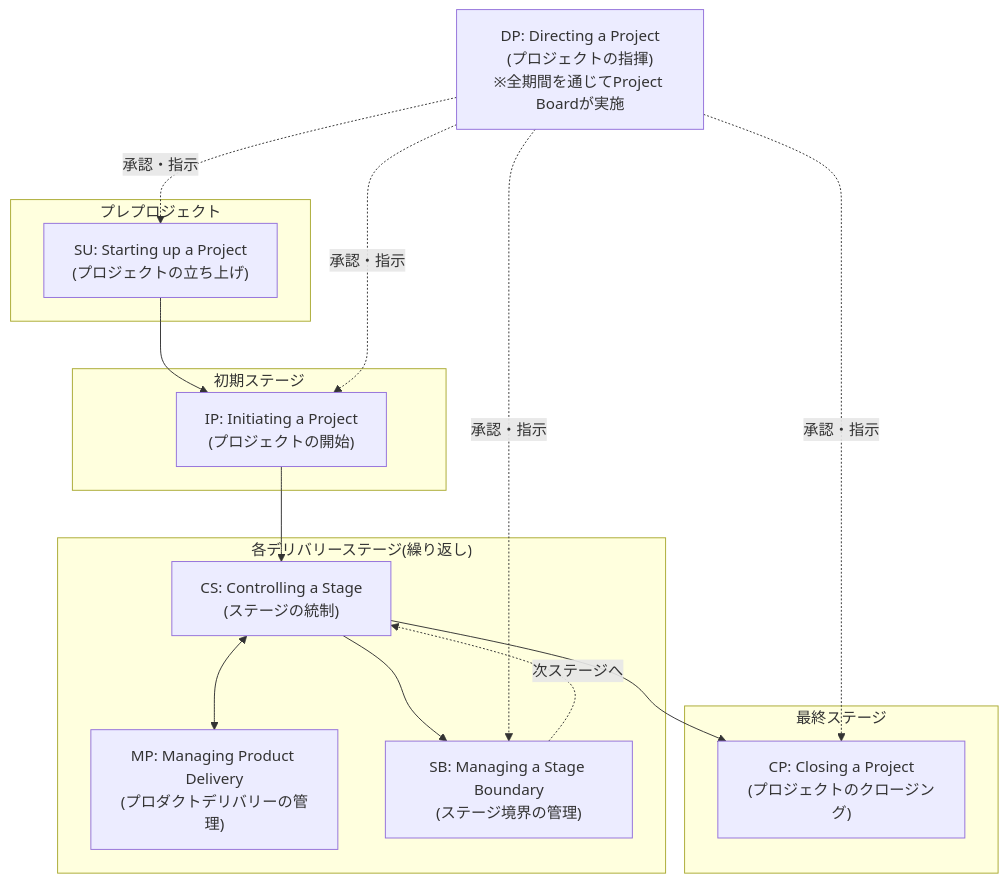
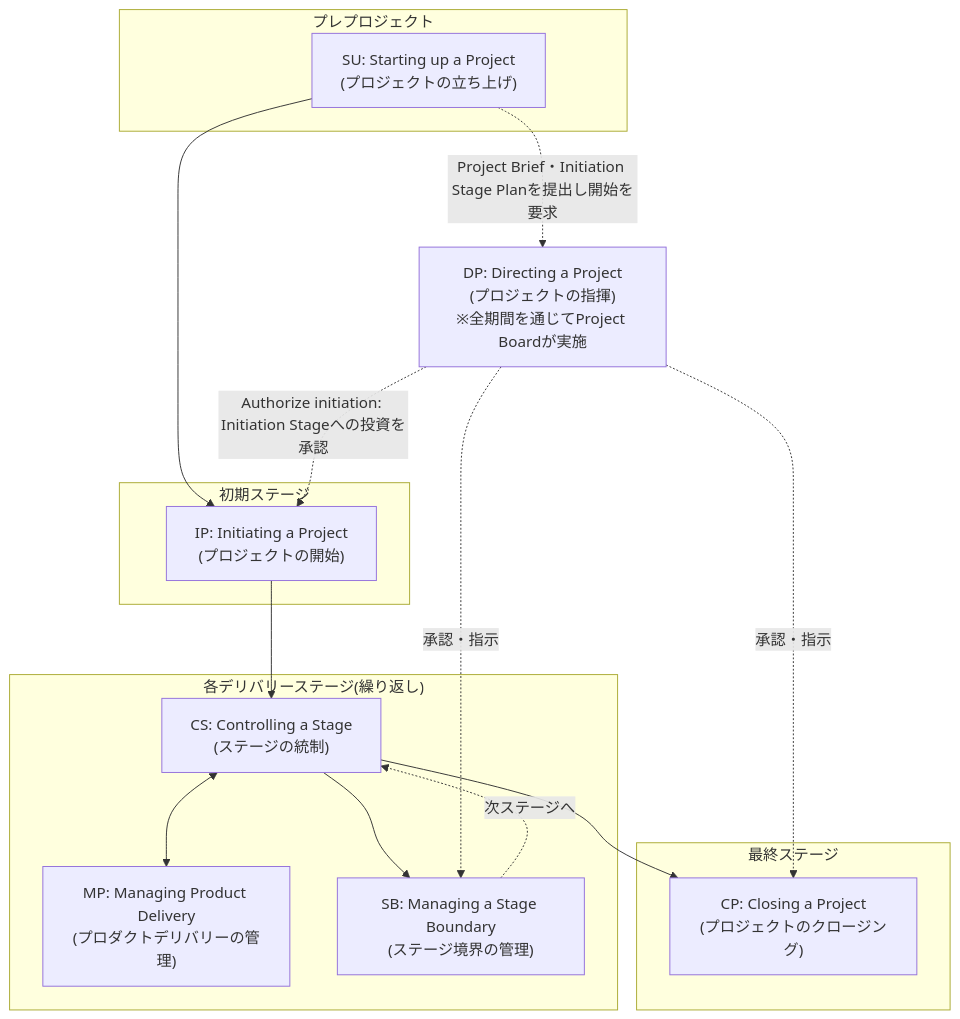
Before and after one commit to myoshi2891/Management-Team-Building-Studies: the ninth of 13 diagrams in Prince2-7-practitioner-guide.md, drawn with Mermaid. The commit also changed other lines of this file, not shown here.

Commit message:
docs(prince2): clarify DP authorize initiation role in relationship to SU and IP

````diff
--- a/Prince2-7-practitioner-guide.md
+++ b/Prince2-7-practitioner-guide.md
@@ -584,29 +584,29 @@
 ```mermaid
 flowchart TB
     subgraph PRE["プレプロジェクト"]
         SU["SU: Starting up a Project\n(プロジェクトの立ち上げ)"]
     end
     subgraph INIT["初期ステージ"]
         IP["IP: Initiating a Project\n(プロジェクトの開始)"]
     end
     subgraph DELIVERY["各デリバリーステージ(繰り返し)"]
         CS["CS: Controlling a Stage\n(ステージの統制)"]
         MP["MP: Managing Product Delivery\n(プロダクトデリバリーの管理)"]
         SB["SB: Managing a Stage Boundary\n(ステージ境界の管理)"]
         CS <--> MP
         CS --> SB
     end
     subgraph FINAL["最終ステージ"]
         CP["CP: Closing a Project\n(プロジェクトのクロージング)"]
     end
     DP["DP: Directing a Project\n(プロジェクトの指揮)\n※全期間を通じてProject Boardが実施"]
 
     SU --> IP
     IP --> CS
     SB -.->|次ステージへ| CS
     CS --> CP
-    DP -.->|承認・指示| SU
-    DP -.->|承認・指示| IP
+    SU -.->|Project Brief・Initiation Stage Planを提出し開始を要求| DP
+    DP -.->|"Authorize initiation": Initiation Stageへの投資を承認| IP
     DP -.->|承認・指示| SB
     DP -.->|承認・指示| CP
 ```
````
